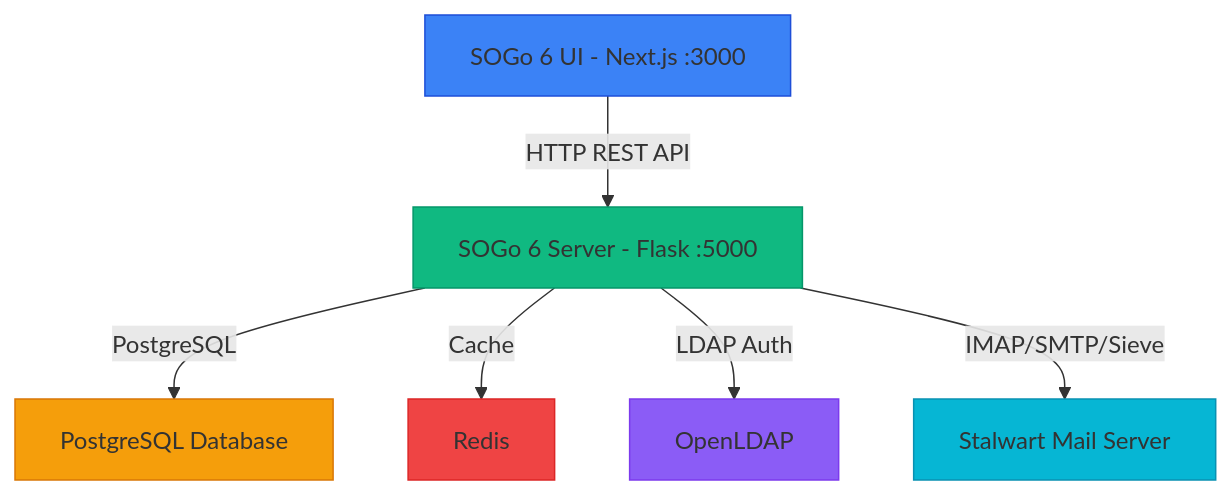
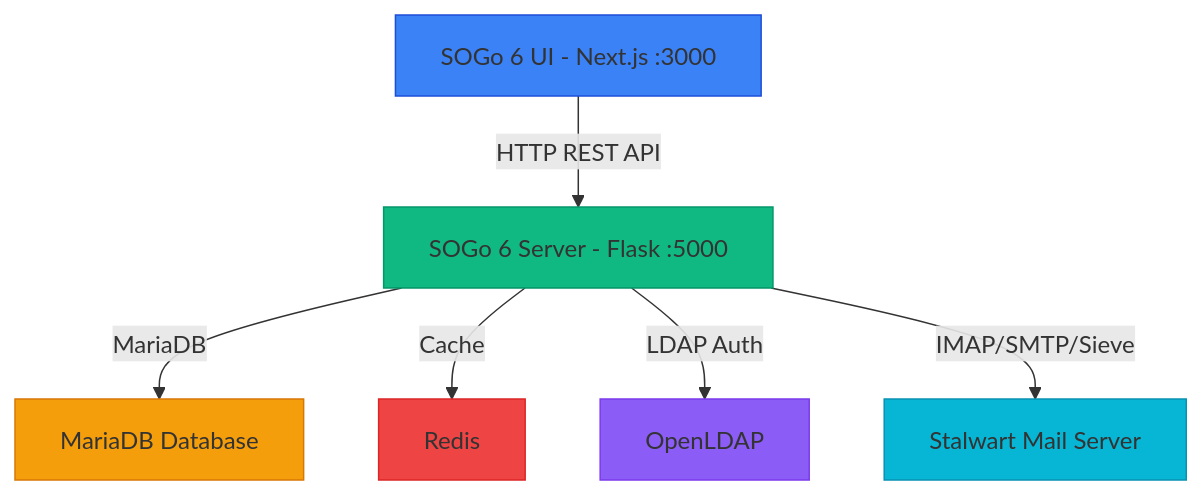
One commit to tobias-weiss-ai-xr/SOGo6-dockerized changed the diagram in docs/SOGO6-DEVELOPMENT-STATUS.md. Above: the diagram before and after it, drawn with Mermaid. The commit also changed 10 other files, not shown here.

First line of the commit message:
refactor: COMPLETELY REMOVE PostgreSQL - MariaDB only

````diff
--- a/docs/SOGO6-DEVELOPMENT-STATUS.md
+++ b/docs/SOGO6-DEVELOPMENT-STATUS.md
@@ -70,15 +70,15 @@
 ```mermaid
 graph TD
     A[SOGo 6 UI - Next.js :3000] -->|HTTP REST API| B[SOGo 6 Server - Flask :5000]
-    B -->|PostgreSQL| C[PostgreSQL Database]
+    B -->|MariaDB| C[MariaDB Database]
     B -->|Cache| D[Redis]
     B -->|LDAP Auth| E[OpenLDAP]
     B -->|IMAP/SMTP/Sieve| F[Stalwart Mail Server]
     
     style A fill:#3b82f6,stroke:#1d4ed8
     style B fill:#10b981,stroke:#059669
     style C fill:#f59e0b,stroke:#d97706
     style D fill:#ef4444,stroke:#dc2626
     style E fill:#8b5cf6,stroke:#7c3aed
     style F fill:#06b6d4,stroke:#0891b2
 ```
````
